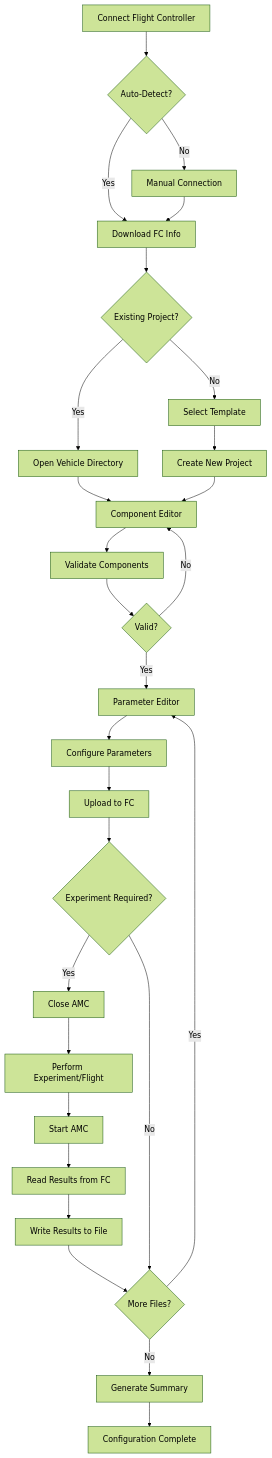
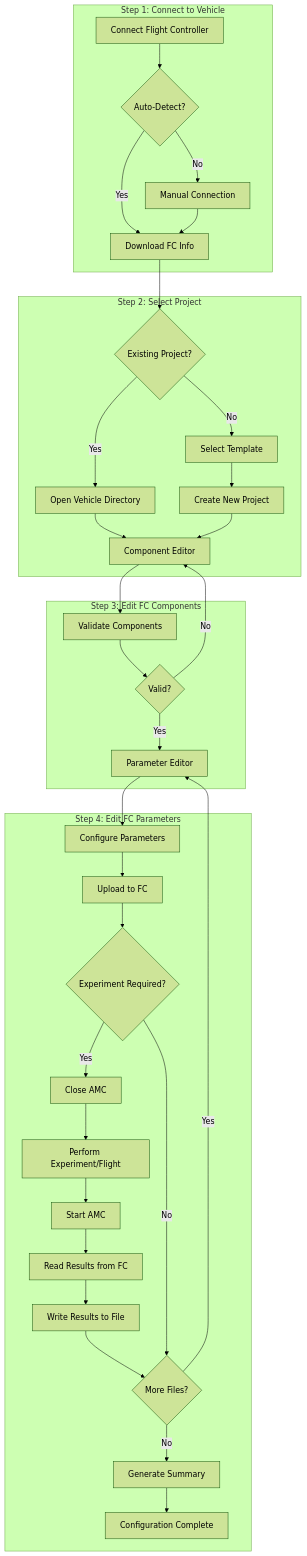
The first of 2 diagrams in USERMANUAL.md (ArduPilot/MethodicConfigurator), drawn with Mermaid (forest theme) before and after one commit. The commit also changed other lines of this file and 7 other files, not shown here.

````diff
--- a/USERMANUAL.md
+++ b/USERMANUAL.md
@@ -33,30 +33,41 @@
 ```mermaid
 flowchart TD
-    A[Connect Flight Controller] --> B{Auto-Detect?}
-    B -->|Yes| C[Download FC Info]
-    B -->|No| D[Manual Connection]
-    D --> C
-    C --> E{Existing Project?}
-    E -->|Yes| F[Open Vehicle Directory]
-    E -->|No| G[Select Template]
-    G --> H[Create New Project]
-    F --> I[Component Editor]
-    H --> I
-    I --> J[Validate Components]
-    J --> K{Valid?}
-    K -->|No| I
-    K -->|Yes| L[Parameter Editor]
-    L --> M[Configure Parameters]
-    M --> N[Upload to FC]
-    N --> O{Experiment Required?}
-    O -->|Yes| P[Close AMC]
-    P --> Q[Perform Experiment/Flight]
-    Q --> R[Start AMC]
-    R --> S[Read Results from FC]
-    S --> T[Write Results to File]
-    T --> U{More Files?}
-    O -->|No| U
-    U -->|Yes| L
-    U -->|No| V[Generate Summary]
-    V -->     W[Configuration Complete]
+    subgraph "Step 1: Connect to Vehicle"
+        A[Connect Flight Controller] --> B{Auto-Detect?}
+        B -->|Yes| C[Download FC Info]
+        B -->|No| D[Manual Connection]
+        D --> C
+    end
+    
+    subgraph "Step 2: Select Project"
+        C --> E{Existing Project?}
+        E -->|Yes| F[Open Vehicle Directory]
+        E -->|No| G[Select Template]
+        G --> H[Create New Project]
+        F --> I[Component Editor]
+        H --> I
+    end
+    
+    subgraph "Step 3: Edit FC Components"
+        I --> J[Validate Components]
+        J --> K{Valid?}
+        K -->|No| I
+        K -->|Yes| L[Parameter Editor]
+    end
+    
+    subgraph "Step 4: Edit FC Parameters"
+        L --> M[Configure Parameters]
+        M --> N[Upload to FC]
+        N --> O{Experiment Required?}
+        O -->|Yes| P[Close AMC]
+        P --> Q[Perform Experiment/Flight]
+        Q --> R[Start AMC]
+        R --> S[Read Results from FC]
+        S --> T[Write Results to File]
+        T --> U{More Files?}
+        O -->|No| U
+        U -->|Yes| L
+        U -->|No| V[Generate Summary]
+        V -->     W[Configuration Complete]
+    end
 ```
````
